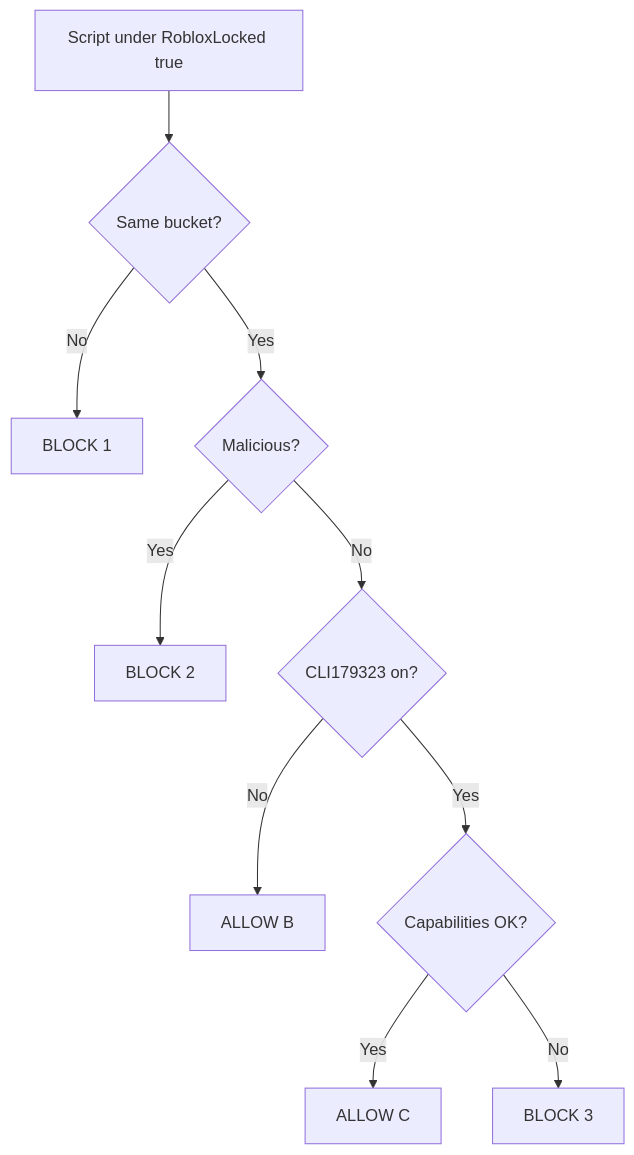
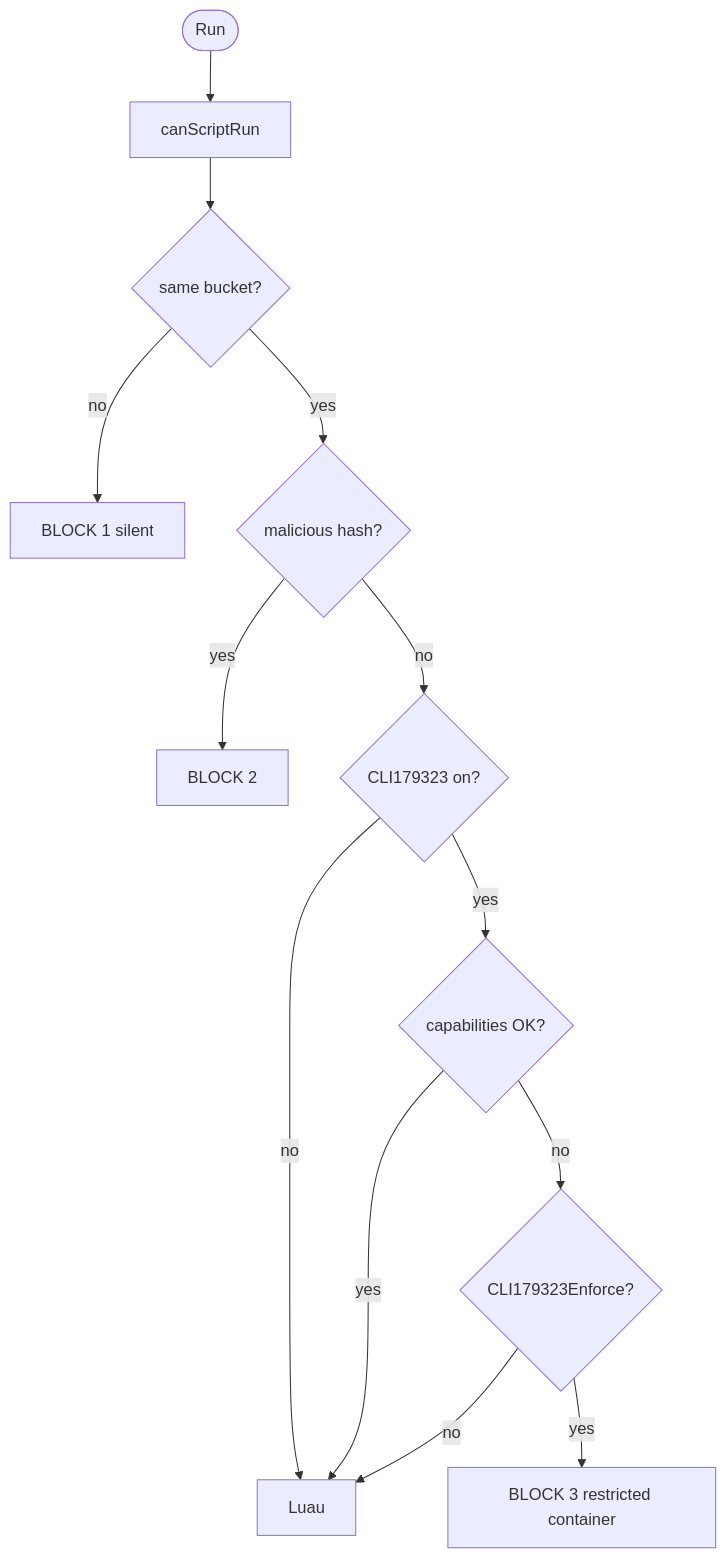
The third of 3 diagrams in RobloxLocked Analysis.md (IAmSeveralPeople/SylveLabs-Analysis), drawn with Mermaid before and after one commit. The commit also changed other lines of this file, not shown here.

Commit message:
Update RobloxLocked Analysis.md

````diff
--- a/RobloxLocked Analysis.md
+++ b/RobloxLocked Analysis.md
@@ -329,13 +121,15 @@
 ```mermaid
 flowchart TD
-    S[Script under RobloxLocked true]
-    S --> Q1{Same bucket?}
-    Q1 -->|No| F1[BLOCK 1]
-    Q1 -->|Yes| Q2{Malicious?}
-    Q2 -->|Yes| F2[BLOCK 2]
-    Q2 -->|No| Q3{CLI179323 on?}
-    Q3 -->|No| OKB[ALLOW B]
-    Q3 -->|Yes| Q4{Capabilities OK?}
-    Q4 -->|Yes| OKC[ALLOW C]
-    Q4 -->|No| F3[BLOCK 3]
+    GO([Run]) --> CSR[canScriptRun]
+    CSR --> S1{same bucket?}
+    S1 -->|no| BL1[BLOCK 1 silent]
+    S1 -->|yes| S2{malicious hash?}
+    S2 -->|yes| BL2[BLOCK 2]
+    S2 -->|no| S3{CLI179323 on?}
+    S3 -->|no| LU[Luau]
+    S3 -->|yes| S3I{capabilities OK?}
+    S3I -->|yes| LU
+    S3I -->|no| S3E{CLI179323Enforce?}
+    S3E -->|yes| BL3[BLOCK 3 restricted container]
+    S3E -->|no| LU
 ```
````
